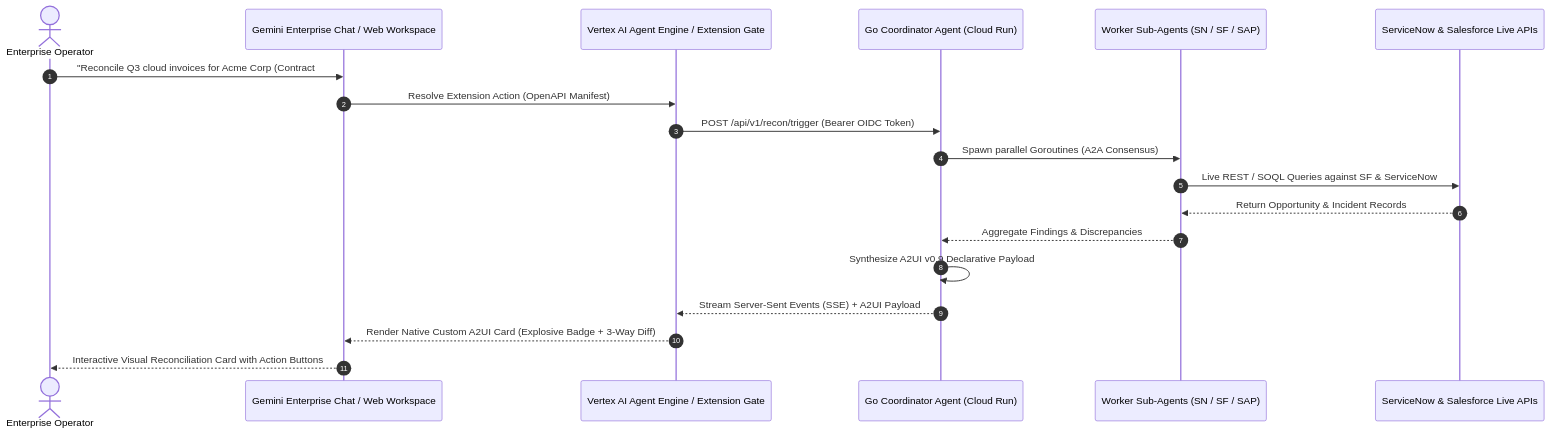
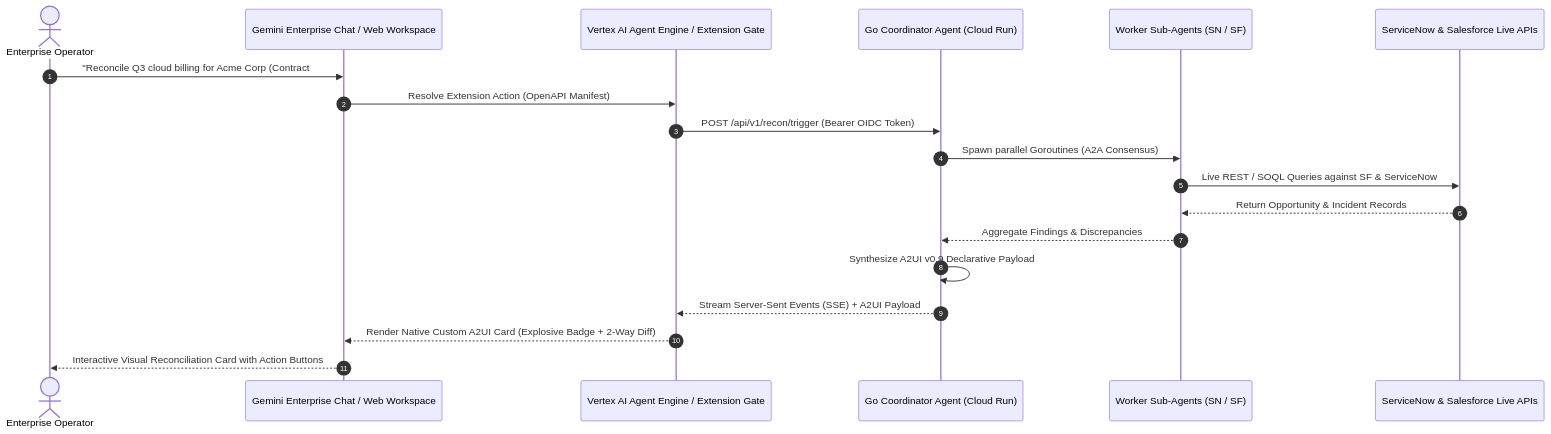
One commit to tiaaburton/Data-Recon-Agent changed the first of 2 diagrams in docs/gemini_enterprise_integration.md. Above: the diagram before and after it, drawn with Mermaid. The commit also changed other lines of this file and 15 other files, not shown here.

Commit message:
refactor(docs): eliminate SAP and standardize exclusively on 2-way Salesforce-ServiceNow reconciliation across entire architecture

````diff
--- a/docs/gemini_enterprise_integration.md
+++ b/docs/gemini_enterprise_integration.md
@@ -9,22 +9,22 @@
 ```mermaid
 sequenceDiagram
     autonumber
     actor User as Enterprise Operator
     participant Gemini as Gemini Enterprise Chat / Web Workspace
     participant AgentEngine as Vertex AI Agent Engine / Extension Gate
     participant GoCoordinator as Go Coordinator Agent (Cloud Run)
-    participant WorkerMesh as Worker Sub-Agents (SN / SF / SAP)
+    participant WorkerMesh as Worker Sub-Agents (SN / SF)
     participant Systems as ServiceNow & Salesforce Live APIs
 
-    User->>Gemini: "Reconcile Q3 cloud invoices for Acme Corp (Contract #CTR-2026-001)"
+    User->>Gemini: "Reconcile Q3 cloud billing for Acme Corp (Contract #CTR-2026-001)"
     Gemini->>AgentEngine: Resolve Extension Action (OpenAPI Manifest)
     AgentEngine->>GoCoordinator: POST /api/v1/recon/trigger (Bearer OIDC Token)
     GoCoordinator->>WorkerMesh: Spawn parallel Goroutines (A2A Consensus)
     WorkerMesh->>Systems: Live REST / SOQL Queries against SF & ServiceNow
     Systems-->>WorkerMesh: Return Opportunity & Incident Records
     WorkerMesh-->>GoCoordinator: Aggregate Findings & Discrepancies
     GoCoordinator->>GoCoordinator: Synthesize A2UI v0.9 Declarative Payload
     GoCoordinator-->>AgentEngine: Stream Server-Sent Events (SSE) + A2UI Payload
-    AgentEngine-->>Gemini: Render Native Custom A2UI Card (Explosive Badge + 3-Way Diff)
+    AgentEngine-->>Gemini: Render Native Custom A2UI Card (Explosive Badge + 2-Way Diff)
     Gemini-->>User: Interactive Visual Reconciliation Card with Action Buttons
 ```
````
